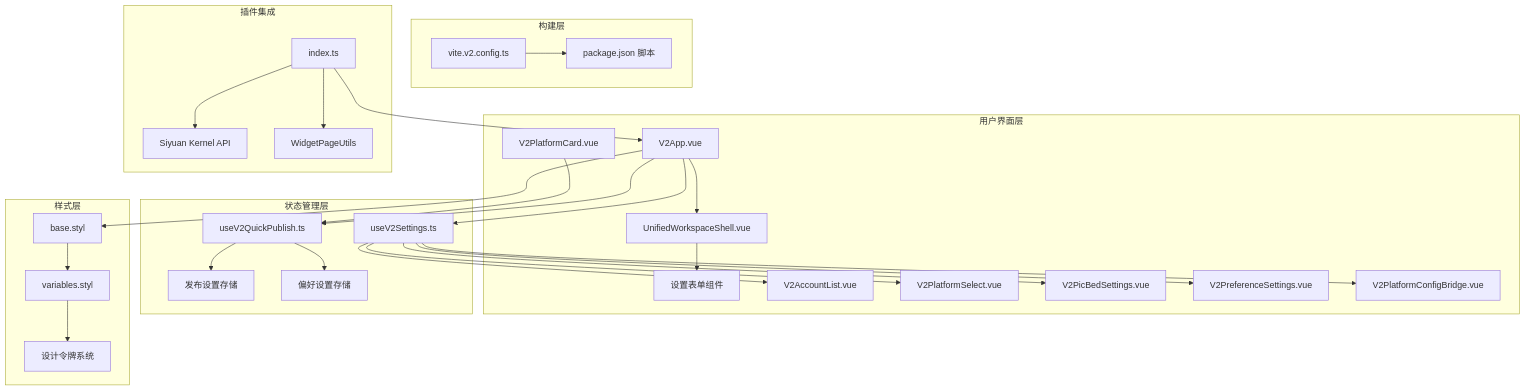
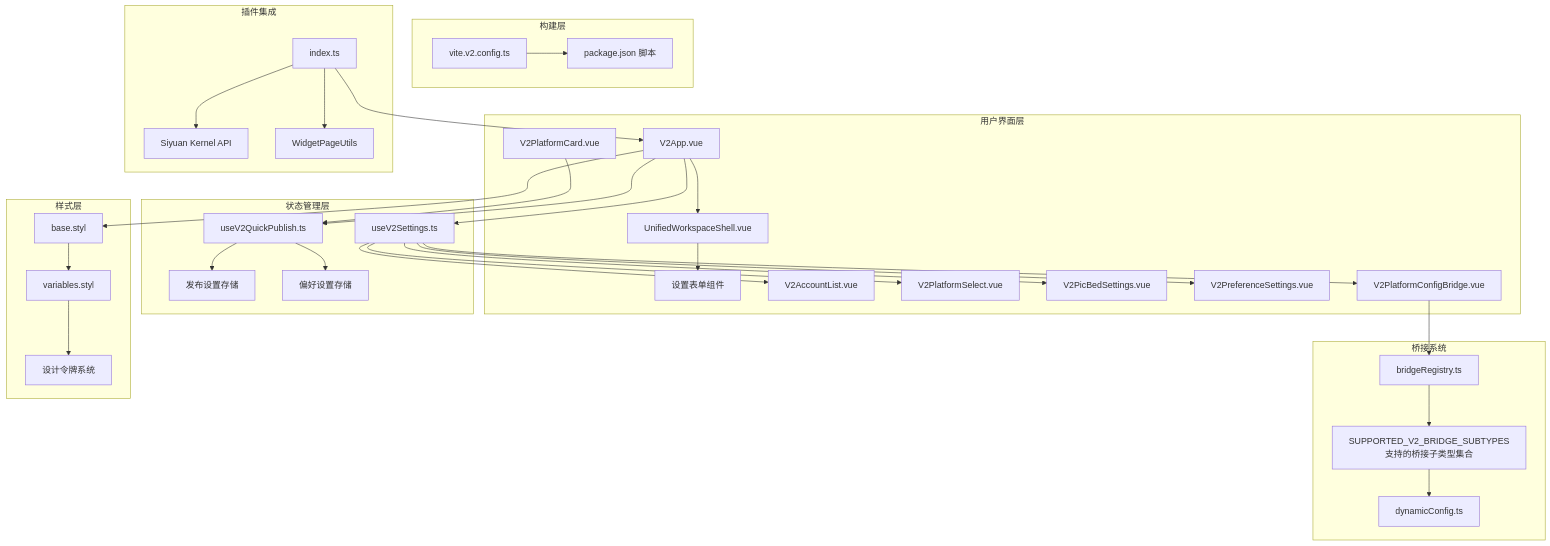
Before and after one commit to terwer/siyuan-plugin-publisher: the fourth of 5 diagrams in .qoder/repowiki/zh/content/用户界面组件/UI V2 里程碑进度.md, drawn with Mermaid. The commit also changed other lines of this file and 6 other files, not shown here.

First line of the commit message:
docs(architecture): clarify and split workspace shell component responsibilities

````diff
--- a/.qoder/repowiki/zh/content/用户界面组件/UI V2 里程碑进度.md
+++ b/.qoder/repowiki/zh/content/用户界面组件/UI V2 里程碑进度.md
@@ -235,53 +248,61 @@
 ```mermaid
 graph TB
 subgraph "用户界面层"
 V2App[V2App.vue]
 Shell[UnifiedWorkspaceShell.vue]
 Cards[V2PlatformCard.vue]
 Forms[设置表单组件]
 AccountList[V2AccountList.vue]
 PlatformSelect[V2PlatformSelect.vue]
 PicBedSettings[V2PicBedSettings.vue]
 PreferenceSettings[V2PreferenceSettings.vue]
 PlatformConfigBridge[V2PlatformConfigBridge.vue]
 end
 subgraph "状态管理层"
 QuickStore[useV2QuickPublish.ts]
 SettingsStore[useV2Settings.ts]
 PublishStore[发布设置存储]
 PrefStore[偏好设置存储]
+end
+subgraph "桥接系统"
+BridgeRegistry[bridgeRegistry.ts]
+DynamicConfig[dynamicConfig.ts]
+SupportedTypes[SUPPORTED_V2_BRIDGE_SUBTYPES<br/>支持的桥接子类型集合]
 end
 subgraph "样式层"
 BaseStyles[base.styl]
 VarStyles[variables.styl]
 Theme[设计令牌系统]
 end
 subgraph "构建层"
 ViteConfig[vite.v2.config.ts]
 Scripts[package.json 脚本]
 end
 subgraph "插件集成"
 PluginEntry[index.ts]
 SiyuanAPI[Siyuan Kernel API]
 WidgetPageUtils[WidgetPageUtils]
 end
 V2App --> Shell
 V2App --> QuickStore
 V2App --> SettingsStore
 Shell --> Forms
 Cards --> QuickStore
 SettingsStore --> AccountList
 SettingsStore --> PlatformSelect
 SettingsStore --> PicBedSettings
 SettingsStore --> PreferenceSettings
 SettingsStore --> PlatformConfigBridge
 QuickStore --> PublishStore
 QuickStore --> PrefStore
+PlatformConfigBridge --> BridgeRegistry
+BridgeRegistry --> SupportedTypes
+SupportedTypes --> DynamicConfig
 V2App --> BaseStyles
 BaseStyles --> VarStyles
 VarStyles --> Theme
 ViteConfig --> Scripts
 PluginEntry --> V2App
 PluginEntry --> SiyuanAPI
 PluginEntry --> WidgetPageUtils
 ```
````
